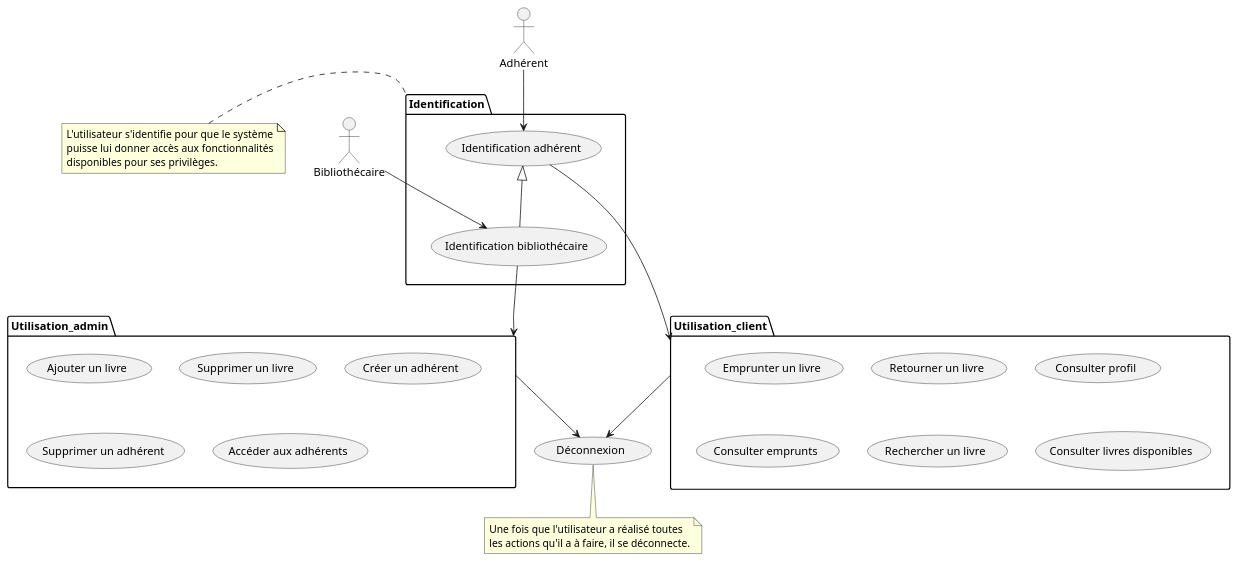
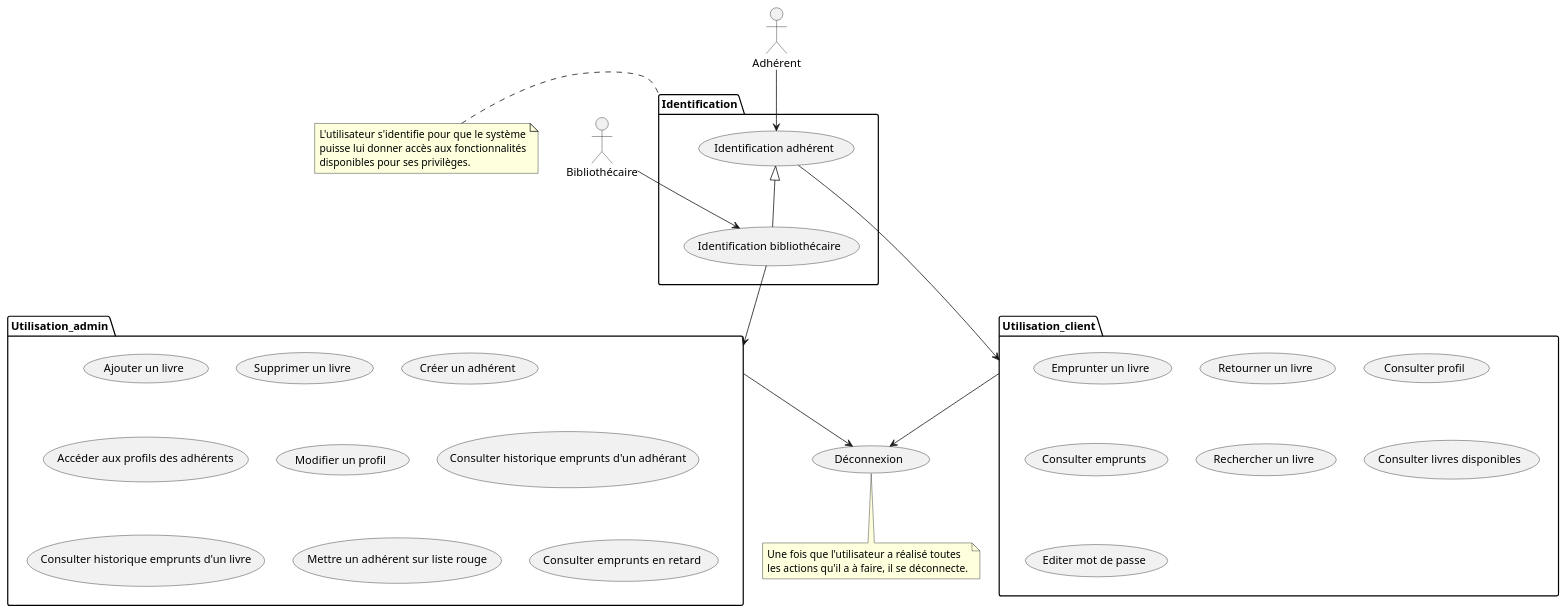
One commit to BooValooo/Library_Management_Software changed the diagram in src/main/resources/UseCase.puml. Above: the diagram before and after it, drawn with PlantUML. The commit also changed 11 other files, not shown here.

Commit message:
Suppression du BDD Connector pour le mettre dans la classe Controller. Modification des diagrammes UML.

```diff
--- a/src/main/resources/UseCase.puml
+++ b/src/main/resources/UseCase.puml
@@ -1,51 +1,56 @@
 @startuml
 'https://plantuml.com/use-case-diagram
 
 :Bibliothécaire: as Admin
 :Adhérent: as User
 
 package Identification {
     (Identification adhérent) as id_client
     (Identification bibliothécaire) as id_admin
 }
 
 package Utilisation_client {
     (Emprunter un livre) as emprunt
     (Retourner un livre) as retour
     (Consulter profil) as profil
     (Consulter emprunts) as consultation
     (Rechercher un livre) as recherche
     (Consulter livres disponibles)
+    (Editer mot de passe)
 }
 
 package Utilisation_admin {
     (Ajouter un livre) as ajout
     (Supprimer un livre) as suppression
     (Créer un adhérent) as création
-    (Supprimer un adhérent) as déserteur
-    (Accéder aux adhérents) as espion
+    (Accéder aux profils des adhérents) as espion
+    (Modifier un profil)
+    (Consulter historique emprunts d'un adhérant)
+    (Consulter historique emprunts d'un livre)
+    (Mettre un adhérent sur liste rouge)
+    (Consulter  emprunts en retard)
 }
 
 
 User --> (id_client)
 Admin --> (id_admin)
 (id_client) <|-- (id_admin)
 
 (id_admin) --> Utilisation_admin
 (id_client) --> Utilisation_client
 
 Utilisation_client --> (Déconnexion)
 Utilisation_admin --> (Déconnexion)
 
 note bottom of (Déconnexion)
     Une fois que l'utilisateur a réalisé toutes
     les actions qu'il a à faire, il se déconnecte.
 end note
 
 note left of Identification
     L'utilisateur s'identifie pour que le système
     puisse lui donner accès aux fonctionnalités
     disponibles pour ses privilèges.
 end note
 
 @enduml
```
